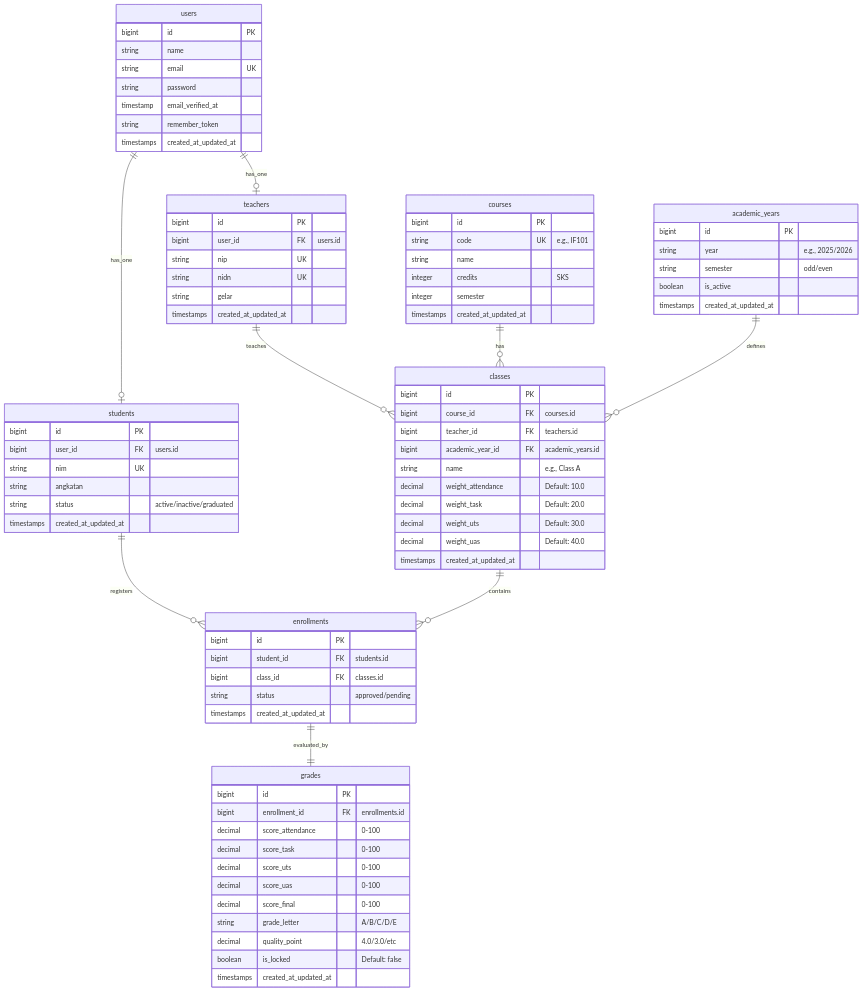
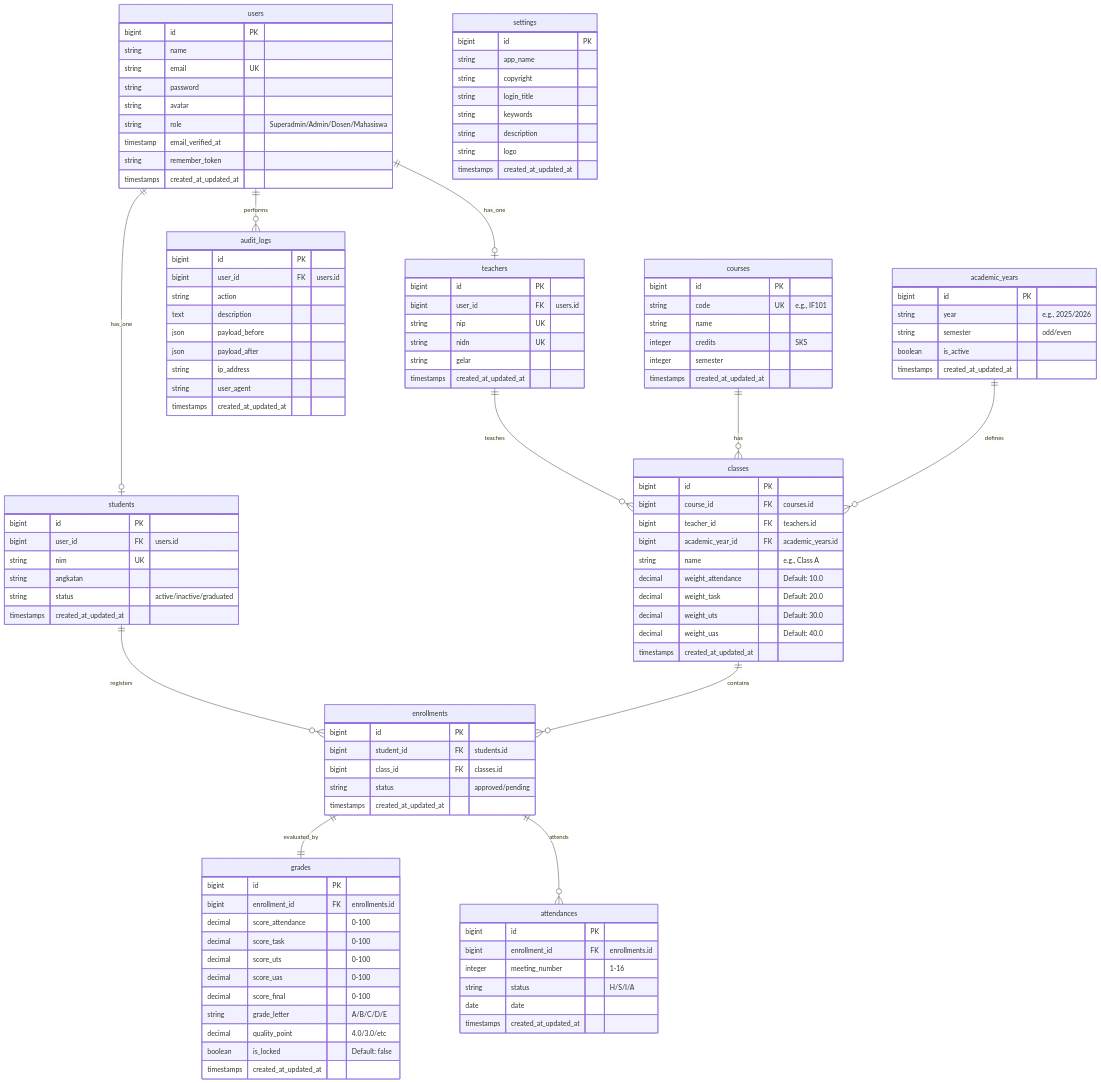
The first of 2 diagrams in PRD.md (Wandeys/uas-wandeys), drawn with Mermaid before and after one commit. The commit also changed other lines of this file and 2 other files, not shown here.

````diff
--- a/PRD.md
+++ b/PRD.md
@@ -129,6 +158,7 @@
 erDiagram
     users ||--o| teachers : "has_one"
     users ||--o| students : "has_one"
+    users ||--o{ audit_logs : "performs"
     
     teachers ||--o{ classes : "teaches"
     courses ||--o{ classes : "has"
@@ -138,12 +168,15 @@
     classes ||--o{ enrollments : "contains"
     
     enrollments ||--|| grades : "evaluated_by"
+    enrollments ||--o{ attendances : "attends"
     
     users {
         bigint id PK
         string name
         string email UK
         string password
+        string avatar
+        string role "Superadmin/Admin/Dosen/Mahasiswa"
         timestamp email_verified_at
         string remember_token
         timestamps created_at_updated_at
@@ -218,4 +251,36 @@
         boolean is_locked "Default: false"
         timestamps created_at_updated_at
     }
+
+    attendances {
+        bigint id PK
+        bigint enrollment_id FK "enrollments.id"
+        integer meeting_number "1-16"
+        string status "H/S/I/A"
+        date date
+        timestamps created_at_updated_at
+    }
+
+    audit_logs {
+        bigint id PK
+        bigint user_id FK "users.id"
+        string action
+        text description
+        json payload_before
+        json payload_after
+        string ip_address
+        string user_agent
+        timestamps created_at_updated_at
+    }
+
+    settings {
+        bigint id PK
+        string app_name
+        string copyright
+        string login_title
+        string keywords
+        string description
+        string logo
+        timestamps created_at_updated_at
+    }
 ```
````
